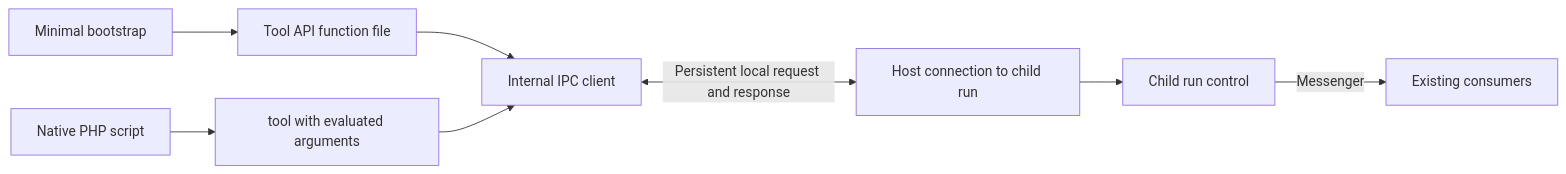
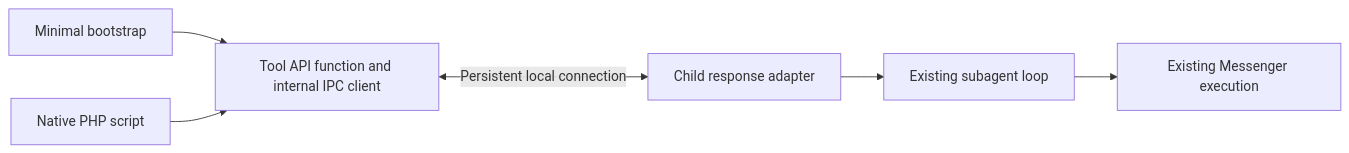
One commit to ineersa/agent-core changed the second of 4 diagrams in architecture/php-code-mode-discovery.md. Above: the diagram before and after it, drawn with Mermaid. The commit also changed other lines of this file, not shown here.

Commit message:
docs: simplify code mode around script-driven subagents

````diff
--- a/architecture/php-code-mode-discovery.md
+++ b/architecture/php-code-mode-discovery.md
@@ -188,10 +82,8 @@
 ```mermaid
 flowchart LR
-    Bootstrap[Minimal bootstrap] --> API[Tool API function file]
-    API --> Client[Internal IPC client]
-    Script[Native PHP script] --> Function[tool with evaluated arguments]
-    Function --> Client
-    Client <-->|Persistent local request and response| Host[Host connection to child run]
-    Host --> RC[Child run control]
-    RC -->|Messenger| Consumers[Existing consumers]
+    Bootstrap[Minimal bootstrap] --> API[Tool API function and internal IPC client]
+    Script[Native PHP script] --> API
+    API <-->|Persistent local connection| Adapter[Child response adapter]
+    Adapter --> Loop[Existing subagent loop]
+    Loop --> Messenger[Existing Messenger execution]
 ```
````
